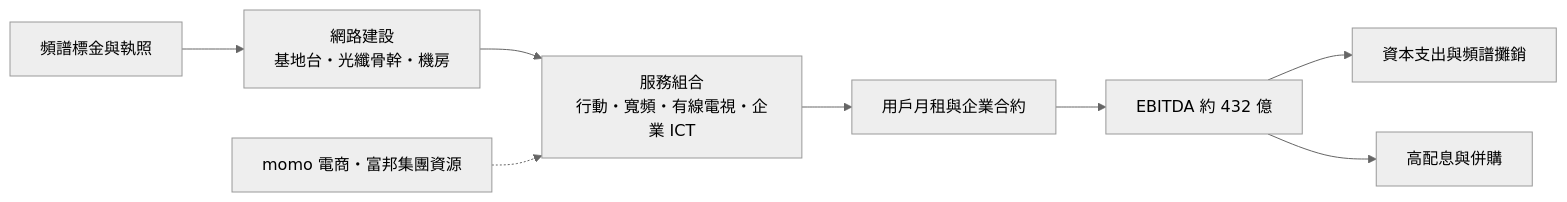
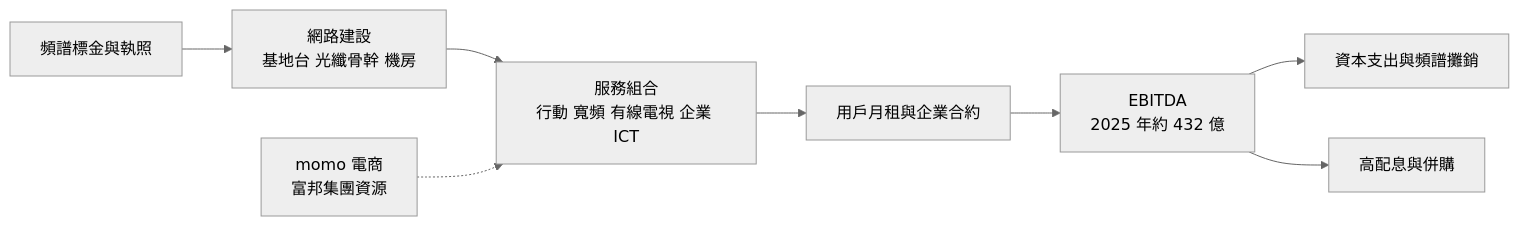
Before and after one commit to wangnick1004/taiwan-stock-vault: the first of 3 diagrams in 個股/台股/3045台灣大.md, drawn with Mermaid (neutral theme). The commit also changed other lines of this file and 6 other files, not shown here.

````diff
--- a/個股/台股/3045台灣大.md
+++ b/個股/台股/3045台灣大.md
@@ -63,10 +64,10 @@
 ```mermaid
 flowchart LR
-    A[頻譜標金與執照] --> B[網路建設<br/>基地台・光纖骨幹・機房]
-    B --> C[服務組合<br/>行動・寬頻・有線電視・企業 ICT]
+    A[頻譜標金與執照] --> B["網路建設<br/>基地台 光纖骨幹 機房"]
+    B --> C["服務組合<br/>行動 寬頻 有線電視 企業 ICT"]
     C --> D[用戶月租與企業合約]
-    D --> E[EBITDA 約 432 億]
+    D --> E["EBITDA<br/>2025 年約 432 億"]
     E --> F[資本支出與頻譜攤銷]
     E --> G[高配息與併購]
-    H[momo 電商・富邦集團資源] -.-> C
+    H["momo 電商<br/>富邦集團資源"] -.-> C
 ```
````
